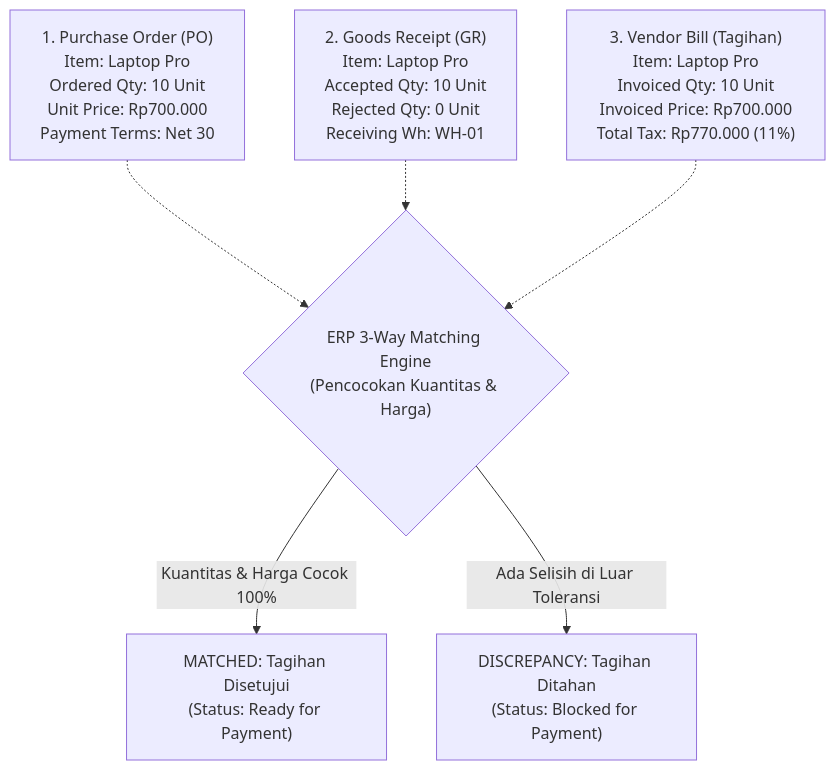
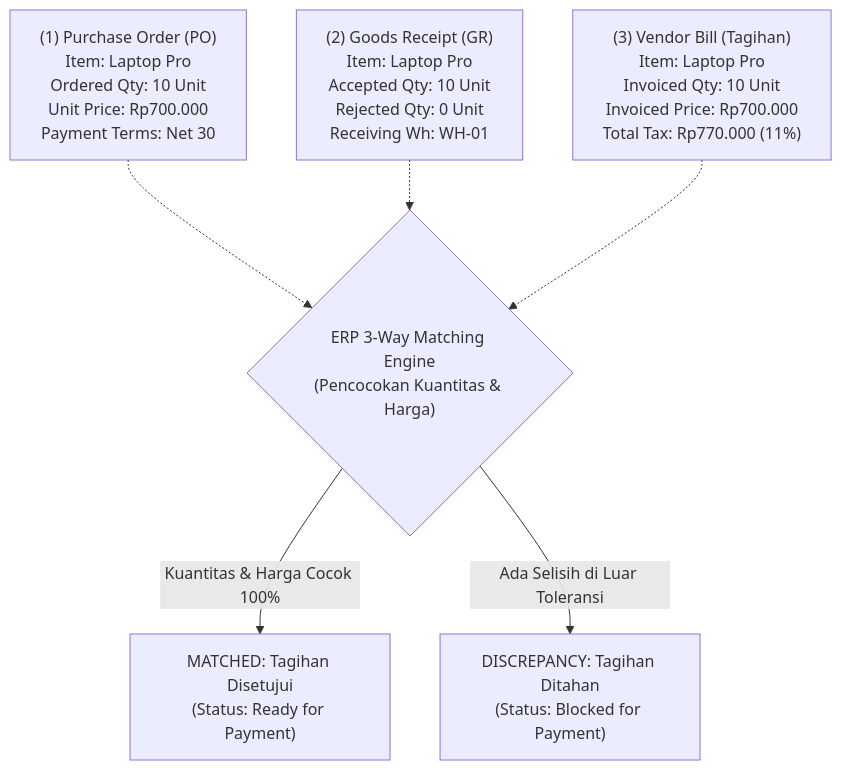
Before and after one commit to alimurrofid/erp-notes: the first of 2 diagrams in content/04-purchasing/three-way-match.md, drawn with Mermaid. The commit also changed 132 other files, not shown here.

````diff
--- a/content/04-purchasing/three-way-match.md
+++ b/content/04-purchasing/three-way-match.md
@@ -31,15 +31,15 @@
 ```mermaid
 flowchart TD
-    PO["1. Purchase Order (PO)<br/>Item: Laptop Pro<br/>Ordered Qty: 10 Unit<br/>Unit Price: Rp700.000<br/>Payment Terms: Net 30"]
+    PO["(1) Purchase Order (PO)<br/>Item: Laptop Pro<br/>Ordered Qty: 10 Unit<br/>Unit Price: Rp700.000<br/>Payment Terms: Net 30"]
     
-    GR["2. Goods Receipt (GR)<br/>Item: Laptop Pro<br/>Accepted Qty: 10 Unit<br/>Rejected Qty: 0 Unit<br/>Receiving Wh: WH-01"]
+    GR["(2) Goods Receipt (GR)<br/>Item: Laptop Pro<br/>Accepted Qty: 10 Unit<br/>Rejected Qty: 0 Unit<br/>Receiving Wh: WH-01"]
     
-    VB["3. Vendor Bill (Tagihan)<br/>Item: Laptop Pro<br/>Invoiced Qty: 10 Unit<br/>Invoiced Price: Rp700.000<br/>Total Tax: Rp770.000 (11%)"]
+    VB["(3) Vendor Bill (Tagihan)<br/>Item: Laptop Pro<br/>Invoiced Qty: 10 Unit<br/>Invoiced Price: Rp700.000<br/>Total Tax: Rp770.000 (11%)"]
     
     PO -.-> Engine{"ERP 3-Way Matching Engine<br/>(Pencocokan Kuantitas & Harga)"}
     GR -.-> Engine
     VB -.-> Engine
 
     Engine -->|Kuantitas & Harga Cocok 100%| Pass["MATCHED: Tagihan Disetujui<br/>(Status: Ready for Payment)"]
     Engine -->|Ada Selisih di Luar Toleransi| Block["DISCREPANCY: Tagihan Ditahan<br/>(Status: Blocked for Payment)"]
 ```
````
